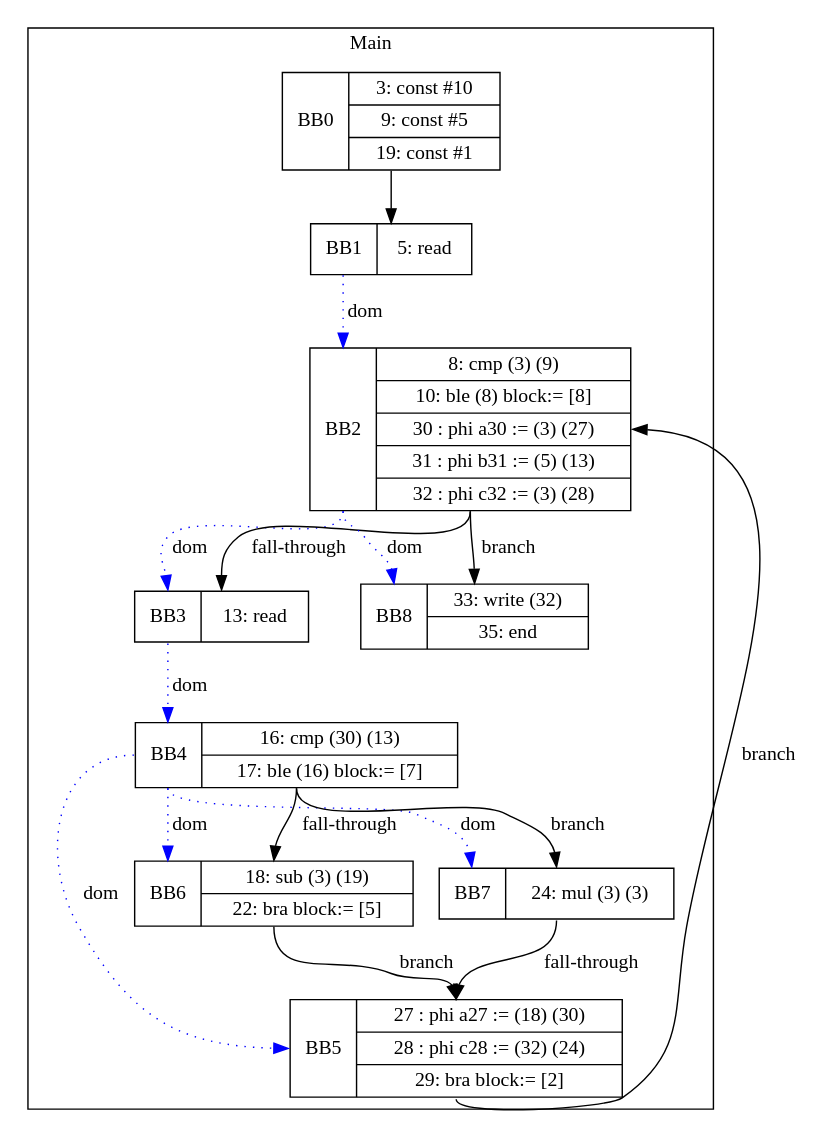
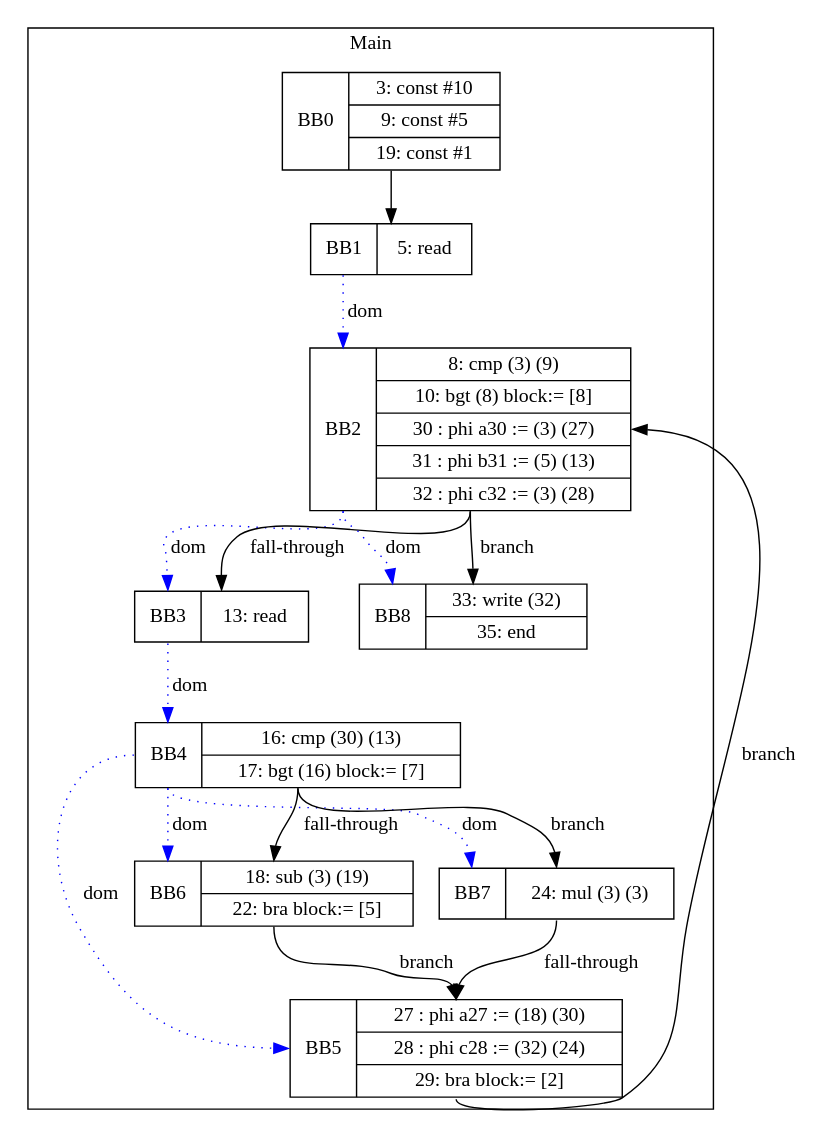
Before and after one commit to zjc664656505/UCI-CS241-Advanced-Compiler-main: the diagram in visualization/Simon/if_in_while.gv, drawn with Graphviz. The commit also changed 20 other files, not shown here.

```diff
--- a/visualization/Simon/if_in_while.gv
+++ b/visualization/Simon/if_in_while.gv
@@ -1,30 +1,30 @@
 digraph G {
 node [shape=record];
 subgraph cluster_main{
 label = "Main";
 BB0 [shape=record, label="<b>BB0|{3: const #10|9: const #5|19: const #1}"];
 BB1 [shape=record, label="<b>BB1|{5: read}"];
-BB2 [shape=record, label="<b>BB2|{8: cmp (3) (9)|10: ble (8) block:= [8]|30 : phi a30 := (3) (27)|31 : phi b31 := (5) (13)|32 : phi c32 := (3) (28)}"];
+BB2 [shape=record, label="<b>BB2|{8: cmp (3) (9)|10: bgt (8) block:= [8]|30 : phi a30 := (3) (27)|31 : phi b31 := (5) (13)|32 : phi c32 := (3) (28)}"];
 BB3 [shape=record, label="<b>BB3|{13: read}"];
-BB4 [shape=record, label="<b>BB4|{16: cmp (30) (13)|17: ble (16) block:= [7]}"];
+BB4 [shape=record, label="<b>BB4|{16: cmp (30) (13)|17: bgt (16) block:= [7]}"];
 BB5 [shape=record, label="<b>BB5|{27 : phi a27 := (18) (30)|28 : phi c28 := (32) (24)|29: bra block:= [2]}"];
 BB6 [shape=record, label="<b>BB6|{18: sub (3) (19)|22: bra block:= [5]}"];
 BB7 [shape=record, label="<b>BB7|{24: mul (3) (3)}"];
 BB8 [shape=record, label="<b>BB8|{33: write (32)|35: end}"];
 }
 BB0:s -> BB1:n ;
 BB1:b -> BB2:b [color=blue, style=dotted, label="dom"];
 BB3:b -> BB4:b [color=blue, style=dotted, label="dom"];
 BB4:b -> BB6:b [color=blue, style=dotted, label="dom"];
 BB2:b -> BB3:b [color=blue, style=dotted, label="dom"];
 BB4:b -> BB5:b [color=blue, style=dotted, label="dom"];
 BB4:b -> BB7:b [color=blue, style=dotted, label="dom"];
 BB2:b -> BB8:b [color=blue, style=dotted, label="dom"];
 BB4:s -> BB7:n [label="branch"];
 BB6:s -> BB5:n [label="branch"];
 BB2:s -> BB8:n [label="branch"];
 BB5:s -> BB2:e [label="branch"];
 BB2:s -> BB3:n [label="fall-through"];
 BB7:s -> BB5:n [label="fall-through"];
 BB4:s -> BB6:n [label="fall-through"];
 }
```
